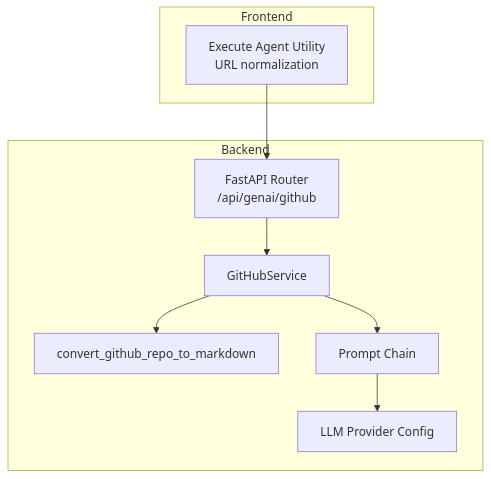
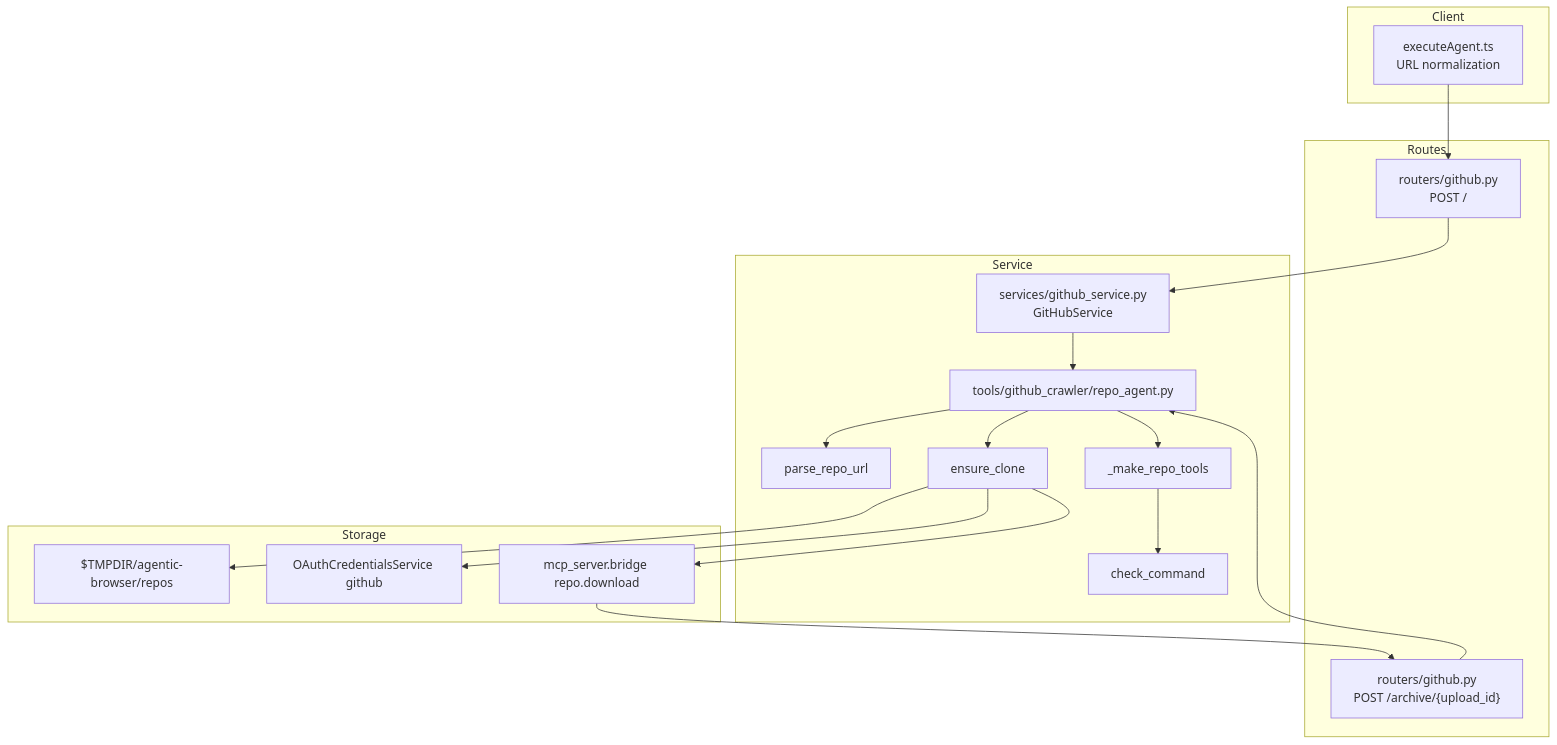
One commit to tashifkhan/tashif.codes changed the first of 5 diagrams in src/data/docs/agentic-browser/Service Integrations/GitHub Integration.md. Above: the diagram before and after it, drawn with Mermaid. The commit also changed other lines of this file and 114 other files, not shown here.

Commit message:
docs(agentic-browser): update docs in place and expand coverage

````diff
--- a/src/data/docs/agentic-browser/Service Integrations/GitHub Integration.md
+++ b/src/data/docs/agentic-browser/Service Integrations/GitHub Integration.md
@@ -9,18 +19,35 @@
 ```mermaid
 graph TB
-subgraph "Frontend"
-FE["Execute Agent Utility<br/>URL normalization"]
-end
-subgraph "Backend"
-R["FastAPI Router<br/>/api/genai/github"]
-S["GitHubService"]
-T["convert_github_repo_to_markdown"]
-P["Prompt Chain"]
-L["LLM Provider Config"]
-end
-FE --> R
-R --> S
-S --> T
-S --> P
-P --> L
+  subgraph Client
+    Ext["executeAgent.ts<br/>URL normalization"]
+  end
+  subgraph Routes
+    Github["routers/github.py<br/>POST /"]
+    Archive["routers/github.py<br/>POST /archive/{upload_id}"]
+  end
+  subgraph Service
+    Svc["services/github_service.py<br/>GitHubService"]
+    Agent["tools/github_crawler/repo_agent.py"]
+    Parse["parse_repo_url"]
+    Clone["ensure_clone"]
+    Tools["_make_repo_tools"]
+    Shell["check_command"]
+  end
+  subgraph Storage
+    Cache["$TMPDIR/agentic-browser/repos"]
+    OAuth["OAuthCredentialsService github"]
+    Bridge["mcp_server.bridge repo.download"]
+  end
+  Ext --> Github
+  Github --> Svc
+  Svc --> Agent
+  Agent --> Parse
+  Agent --> Clone
+  Agent --> Tools
+  Tools --> Shell
+  Clone --> Cache
+  Clone --> OAuth
+  Clone --> Bridge
+  Bridge --> Archive
+  Archive --> Agent
 ```
````
